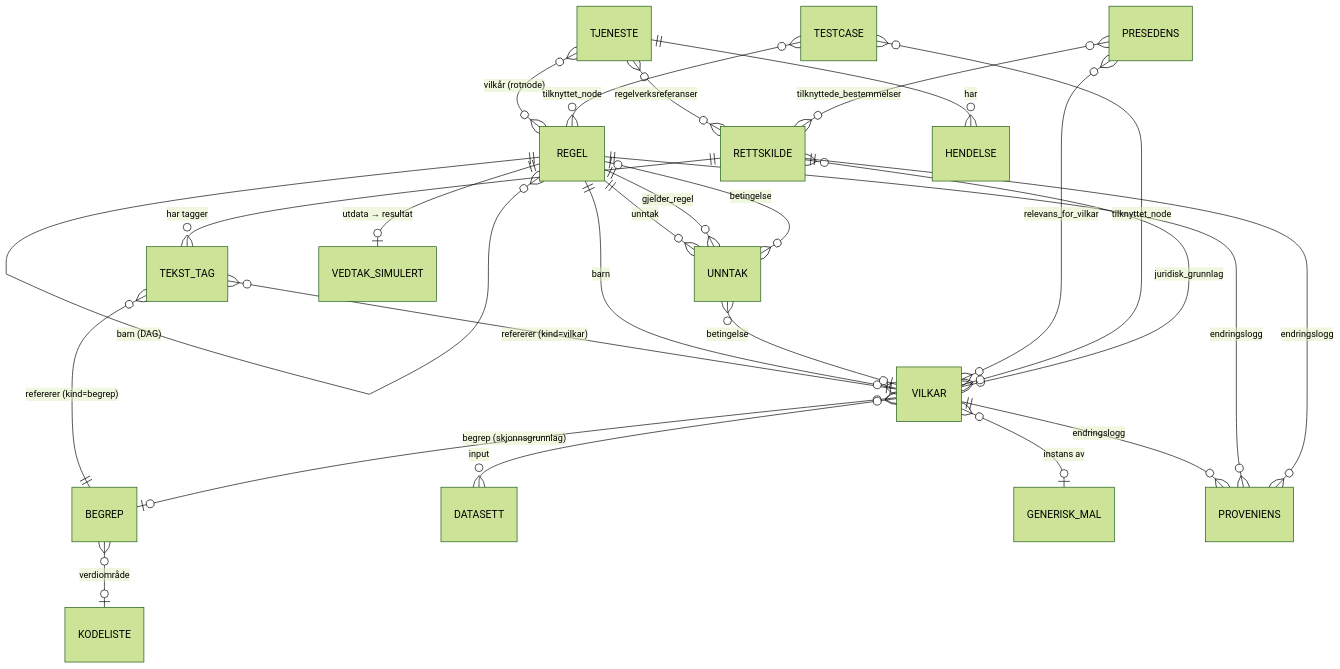
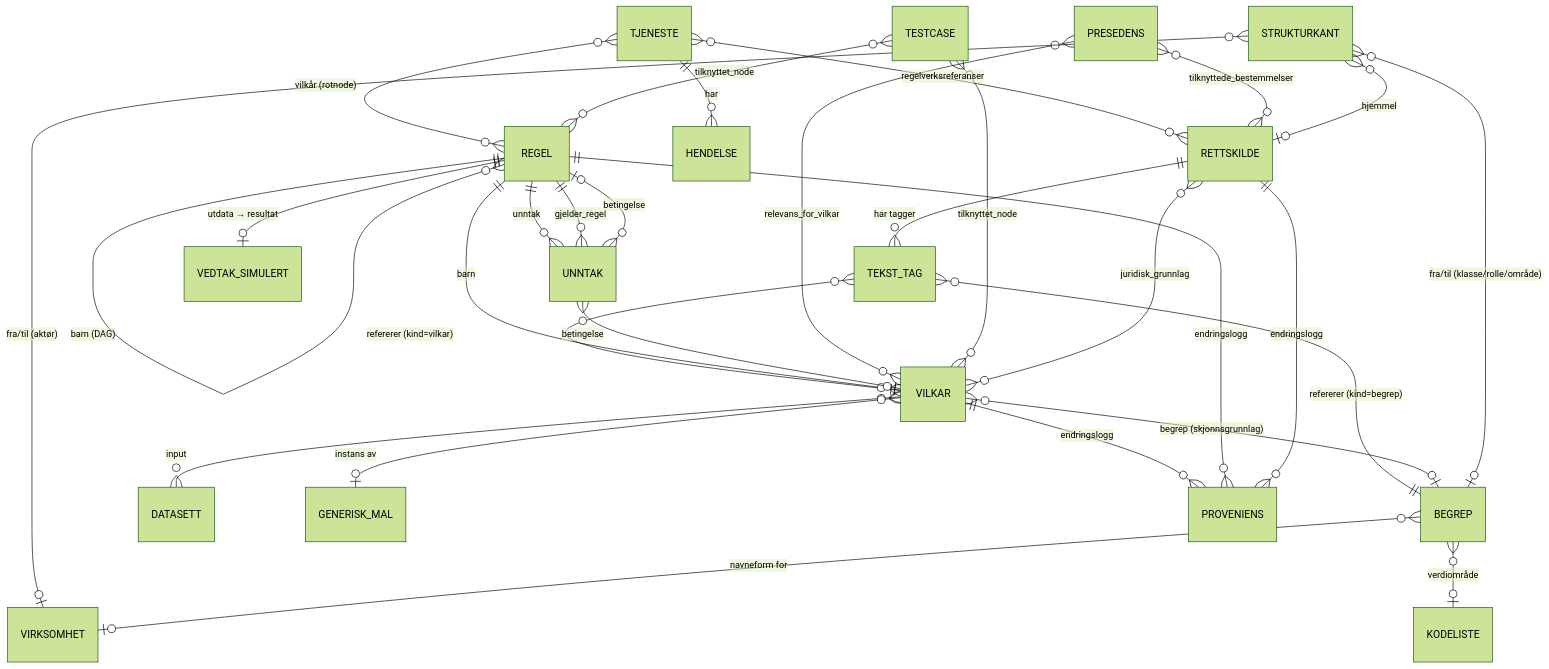
One commit to FinnurO/regel-ide changed the first of 3 diagrams in docs/03-domenemodell.md. Above: the diagram before and after it, drawn with Mermaid (forest theme). The commit also changed other lines of this file and 65 other files, not shown here.

````diff
--- a/docs/03-domenemodell.md
+++ b/docs/03-domenemodell.md
@@ -306,28 +316,32 @@
 ```mermaid
 erDiagram
   RETTSKILDE ||--o{ TEKST_TAG : "har tagger"
   TEKST_TAG }o--|| BEGREP : "refererer (kind=begrep)"
   TEKST_TAG }o--|| VILKAR : "refererer (kind=vilkar)"
   BEGREP }o--o| KODELISTE : "verdiområde"
   VILKAR }o--o{ RETTSKILDE : "juridisk_grunnlag"
   VILKAR }o--o| BEGREP : "begrep (skjonnsgrunnlag)"
   VILKAR }o--o{ DATASETT : "input"
   REGEL ||--o{ VILKAR : "barn"
   REGEL ||--o{ REGEL : "barn (DAG)"
   REGEL ||--o{ UNNTAK : "unntak"
   UNNTAK }o--|| REGEL : "gjelder_regel"
   UNNTAK }o--o| VILKAR : "betingelse"
   UNNTAK }o--o| REGEL : "betingelse"
   VILKAR }o--o| GENERISK_MAL : "instans av"
   TJENESTE }o--o{ REGEL : "vilkår (rotnode)"
   TJENESTE }o--o{ RETTSKILDE : "regelverksreferanser"
   TJENESTE ||--o{ HENDELSE : "har"
   PRESEDENS }o--o{ RETTSKILDE : "tilknyttede_bestemmelser"
   PRESEDENS }o--o{ VILKAR : "relevans_for_vilkar"
   TESTCASE }o--o{ VILKAR : "tilknyttet_node"
   TESTCASE }o--o{ REGEL : "tilknyttet_node"
   REGEL ||--o| VEDTAK_SIMULERT : "utdata → resultat"
   VILKAR ||--o{ PROVENIENS : "endringslogg"
   REGEL ||--o{ PROVENIENS : "endringslogg"
   RETTSKILDE ||--o{ PROVENIENS : "endringslogg"
+  STRUKTURKANT }o--o| VIRKSOMHET : "fra/til (aktør)"
+  STRUKTURKANT }o--o| BEGREP : "fra/til (klasse/rolle/område)"
+  STRUKTURKANT }o--o| RETTSKILDE : "hjemmel"
+  BEGREP }o--o| VIRKSOMHET : "navneform for"
 ```
````
